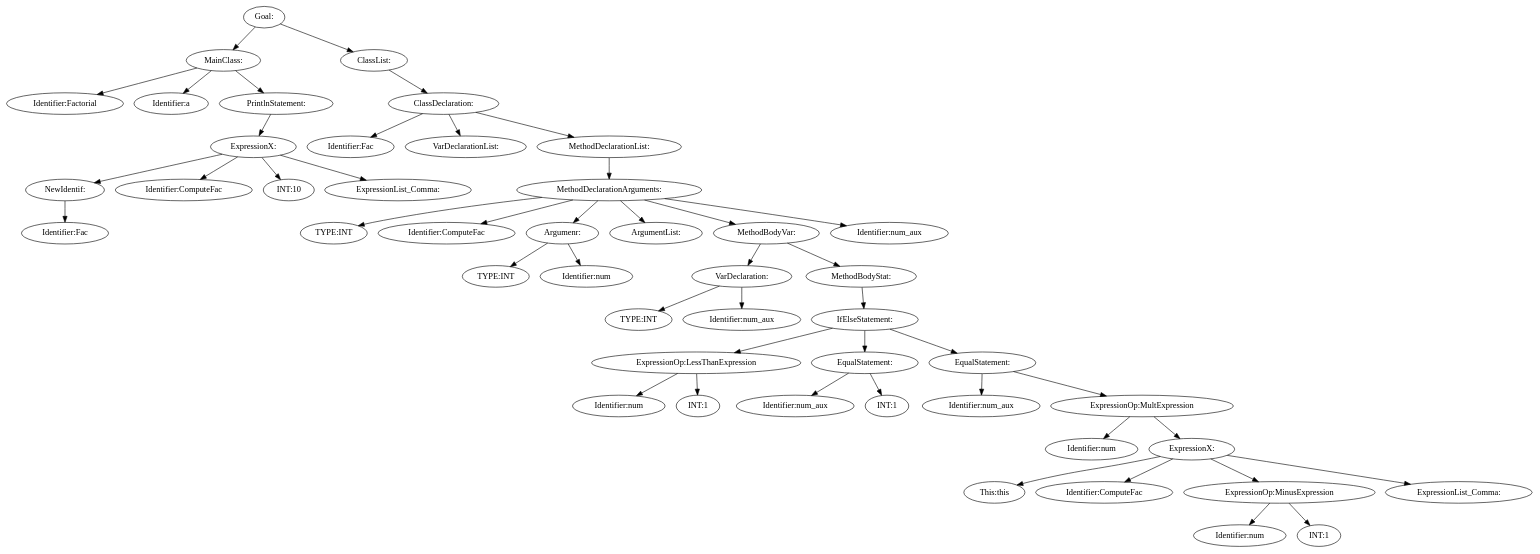
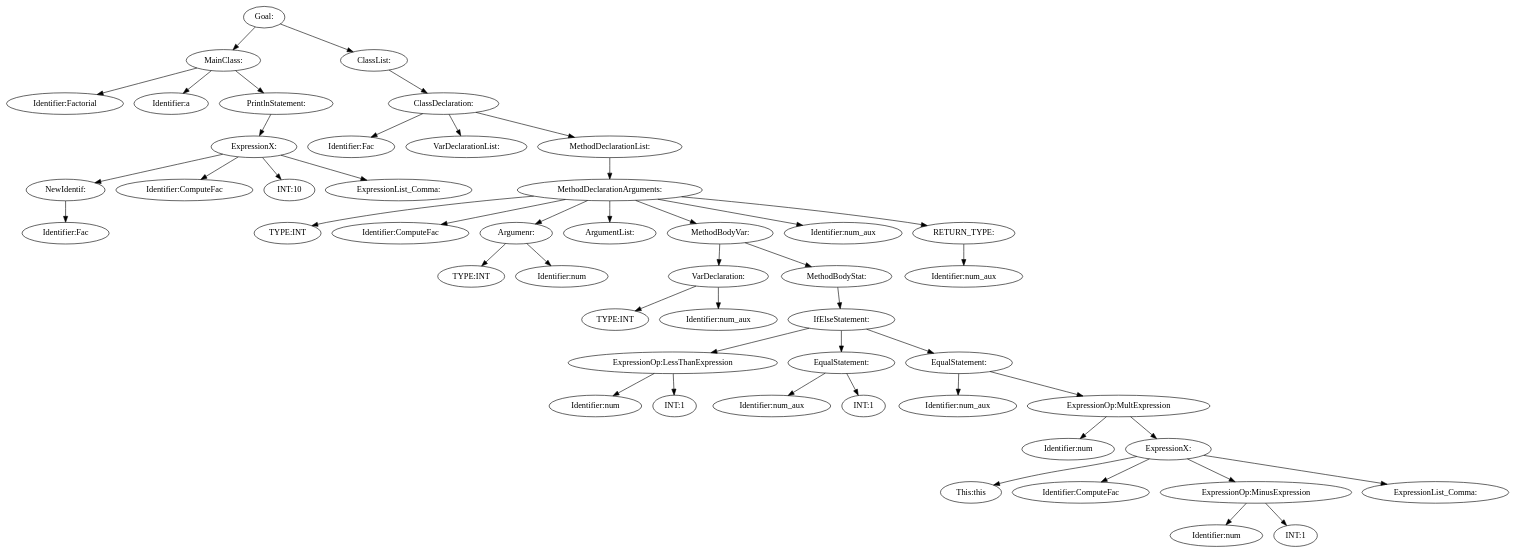
One commit to Oscar-Nordstrom/MiniJava_Compiler_2.0 changed the diagram in compiler_test_monitor_files/temp_dot_files/valid/factorial.java.dot. Above: the diagram before and after it, drawn with Graphviz. The commit also changed 42 other files, not shown here.

```diff
--- a/compiler_test_monitor_files/temp_dot_files/valid/factorial.java.dot
+++ b/compiler_test_monitor_files/temp_dot_files/valid/factorial.java.dot
@@ -1,95 +1,99 @@
 digraph {
 n0 [label="Goal:"];
 n1 [label="MainClass:"];
 n2 [label="Identifier:Factorial"];
 n1 -> n2
 n3 [label="Identifier:a"];
 n1 -> n3
 n4 [label="PrintlnStatement:"];
 n5 [label="ExpressionX:"];
 n6 [label="NewIdentif:"];
 n7 [label="Identifier:Fac"];
 n6 -> n7
 n5 -> n6
 n8 [label="Identifier:ComputeFac"];
 n5 -> n8
 n9 [label="INT:10"];
 n5 -> n9
 n10 [label="ExpressionList_Comma:"];
 n5 -> n10
 n4 -> n5
 n1 -> n4
 n0 -> n1
 n11 [label="ClassList:"];
 n12 [label="ClassDeclaration:"];
 n13 [label="Identifier:Fac"];
 n12 -> n13
 n14 [label="VarDeclarationList:"];
 n12 -> n14
 n15 [label="MethodDeclarationList:"];
 n16 [label="MethodDeclarationArguments:"];
 n17 [label="TYPE:INT"];
 n16 -> n17
 n18 [label="Identifier:ComputeFac"];
 n16 -> n18
 n19 [label="Argumenr:"];
 n20 [label="TYPE:INT"];
 n19 -> n20
 n21 [label="Identifier:num"];
 n19 -> n21
 n16 -> n19
 n22 [label="ArgumentList:"];
 n16 -> n22
 n23 [label="MethodBodyVar:"];
 n24 [label="VarDeclaration:"];
 n25 [label="TYPE:INT"];
 n24 -> n25
 n26 [label="Identifier:num_aux"];
 n24 -> n26
 n23 -> n24
 n27 [label="MethodBodyStat:"];
 n28 [label="IfElseStatement:"];
 n29 [label="ExpressionOp:LessThanExpression"];
 n30 [label="Identifier:num"];
 n29 -> n30
 n31 [label="INT:1"];
 n29 -> n31
 n28 -> n29
 n32 [label="EqualStatement:"];
 n33 [label="Identifier:num_aux"];
 n32 -> n33
 n34 [label="INT:1"];
 n32 -> n34
 n28 -> n32
 n35 [label="EqualStatement:"];
 n36 [label="Identifier:num_aux"];
 n35 -> n36
 n37 [label="ExpressionOp:MultExpression"];
 n38 [label="Identifier:num"];
 n37 -> n38
 n39 [label="ExpressionX:"];
 n40 [label="This:this"];
 n39 -> n40
 n41 [label="Identifier:ComputeFac"];
 n39 -> n41
 n42 [label="ExpressionOp:MinusExpression"];
 n43 [label="Identifier:num"];
 n42 -> n43
 n44 [label="INT:1"];
 n42 -> n44
 n39 -> n42
 n45 [label="ExpressionList_Comma:"];
 n39 -> n45
 n37 -> n39
 n35 -> n37
 n28 -> n35
 n27 -> n28
 n23 -> n27
 n16 -> n23
 n46 [label="Identifier:num_aux"];
 n16 -> n46
+n47 [label="RETURN_TYPE:"];
+n48 [label="Identifier:num_aux"];
+n47 -> n48
+n16 -> n47
 n15 -> n16
 n12 -> n15
 n11 -> n12
 n0 -> n11
 }
```
